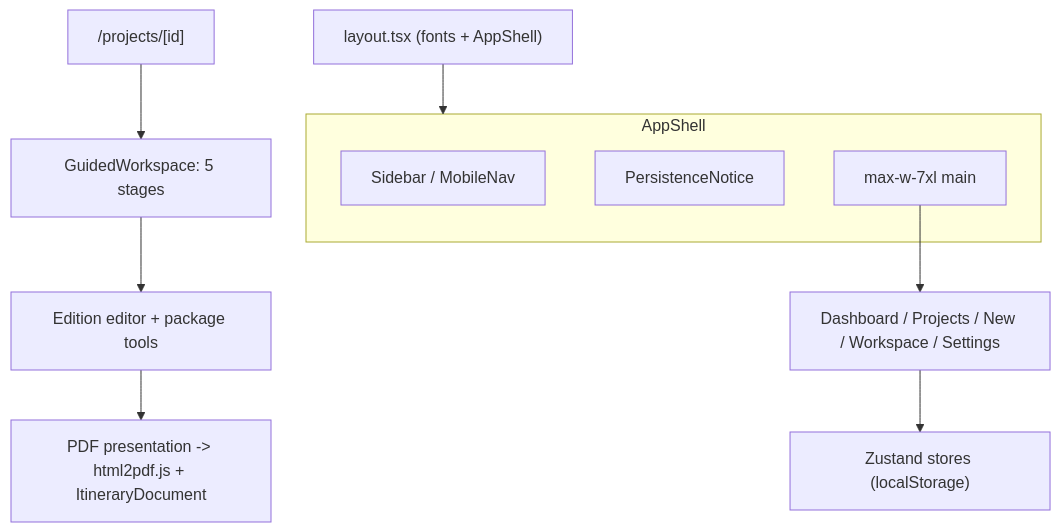
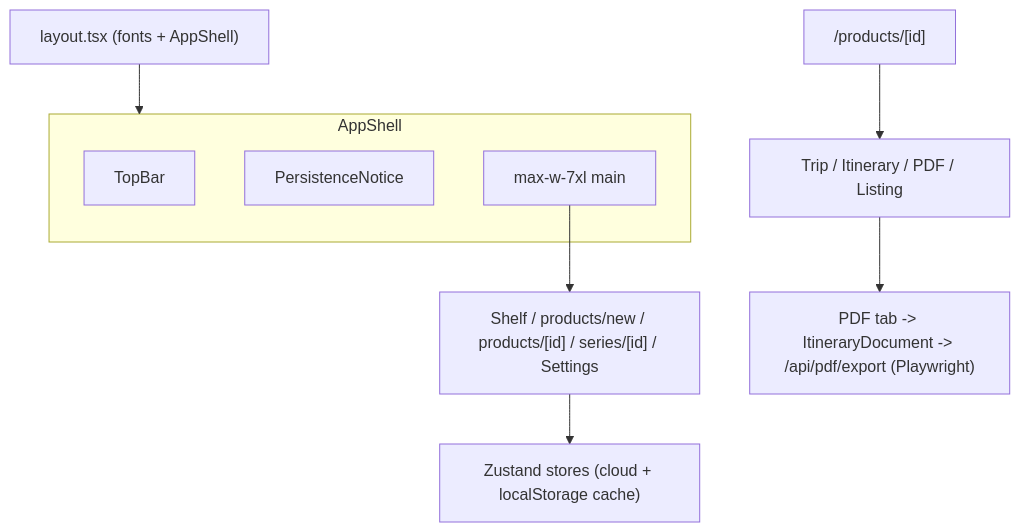
One commit to Saransh-Sharma/RouteCrafter changed the diagram in docs/architecture/ui-and-design-system.md. Above: the diagram before and after it, drawn with Mermaid. The commit also changed other lines of this file and 7 other files, not shown here.

Commit message:
docs: update README and architecture docs for series engine and v5

````diff
--- a/docs/architecture/ui-and-design-system.md
+++ b/docs/architecture/ui-and-design-system.md
@@ -216,14 +184,13 @@
 ```mermaid
 flowchart TB
   Layout["layout.tsx (fonts + AppShell)"] --> Shell
   subgraph Shell[AppShell]
-    Nav["Sidebar / MobileNav"]
+    Nav[TopBar]
     Notice[PersistenceNotice]
     Main["max-w-7xl main"]
   end
-  Main --> Pages["Dashboard / Projects / New / Workspace / Settings"]
-  Pages --> Store["Zustand stores (localStorage)"]
-  Workspace["/projects/[id]"] --> Route["GuidedWorkspace: 5 stages"]
-  Route --> Tools["Edition editor + package tools"]
-  Tools --> PDF["PDF presentation -> html2pdf.js + ItineraryDocument"]
+  Main --> Pages["Shelf / products/new / products/[id] / series/[id] / Settings"]
+  Pages --> Store["Zustand stores (cloud + localStorage cache)"]
+  Editor["/products/[id]"] --> Tabs["Trip / Itinerary / PDF / Listing"]
+  Tabs --> PDFX["PDF tab -> ItineraryDocument -> /api/pdf/export (Playwright)"]
 ```
````
